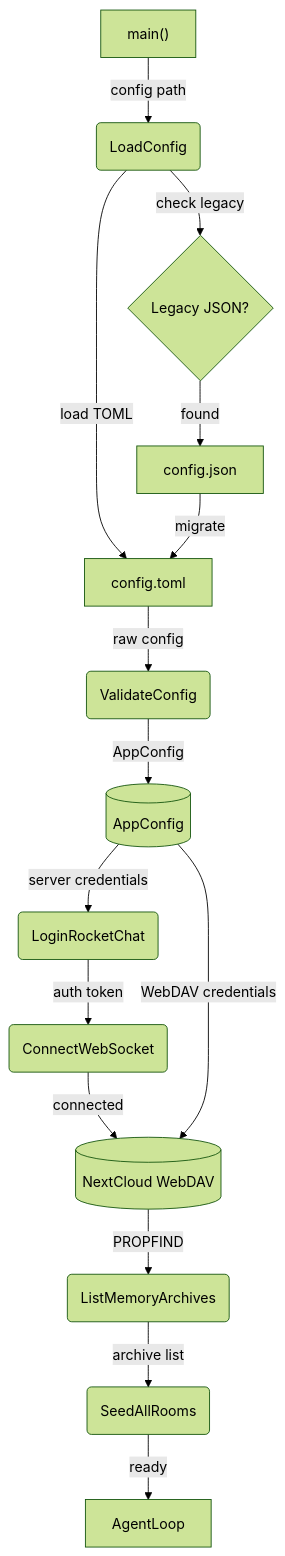
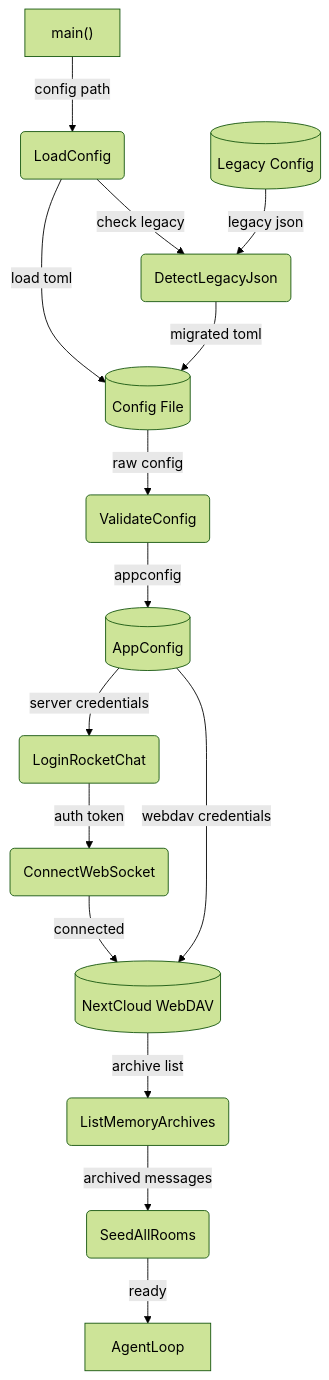
The second of 3 diagrams in _dfds/agent-orchestrator.md (cosmoswafer/rockbot), drawn with Mermaid (forest theme) before and after one commit. The commit also changed other lines of this file and 7 other files, not shown here.

````diff
--- a/_dfds/agent-orchestrator.md
+++ b/_dfds/agent-orchestrator.md
@@ -67,31 +65,31 @@
 ```mermaid
 flowchart TD
     START["main()"]
     CFG(LoadConfig)
-    MIGRATE{Legacy JSON?}
-    TOML["config.toml"]
-    JSON["config.json"]
+    DETECT(DetectLegacyJson)
+    TOML[(Config File)]
+    JSON_LEGACY[(Legacy Config)]
     VALIDATE(ValidateConfig)
     LOGIN(LoginRocketChat)
     CONNECT(ConnectWebSocket)
     DAV[(NextCloud WebDAV)]
     LIST_MEM(ListMemoryArchives)
     SEED(SeedAllRooms)
     LOOP[AgentLoop]
     CFG_STORE[(AppConfig)]
 
     START -->|"config path"| CFG
-    CFG -->|"load TOML"| TOML
-    CFG -->|"check legacy"| MIGRATE
-    MIGRATE -->|"found"| JSON
-    JSON -->|"migrate"| TOML
+    CFG -->|"load toml"| TOML
+    CFG -->|"check legacy"| DETECT
+    JSON_LEGACY -->|"legacy json"| DETECT
+    DETECT -->|"migrated toml"| TOML
     TOML -->|"raw config"| VALIDATE
-    VALIDATE -->|"AppConfig"| CFG_STORE
+    VALIDATE -->|"appconfig"| CFG_STORE
     CFG_STORE -->|"server credentials"| LOGIN
     LOGIN -->|"auth token"| CONNECT
     CONNECT -->|"connected"| DAV
-    CFG_STORE -->|"WebDAV credentials"| DAV
-    DAV -->|"PROPFIND"| LIST_MEM
-    LIST_MEM -->|"archive list"| SEED
+    CFG_STORE -->|"webdav credentials"| DAV
+    DAV -->|"archive list"| LIST_MEM
+    LIST_MEM -->|"archived messages"| SEED
     SEED -->|"ready"| LOOP
 ```
````
